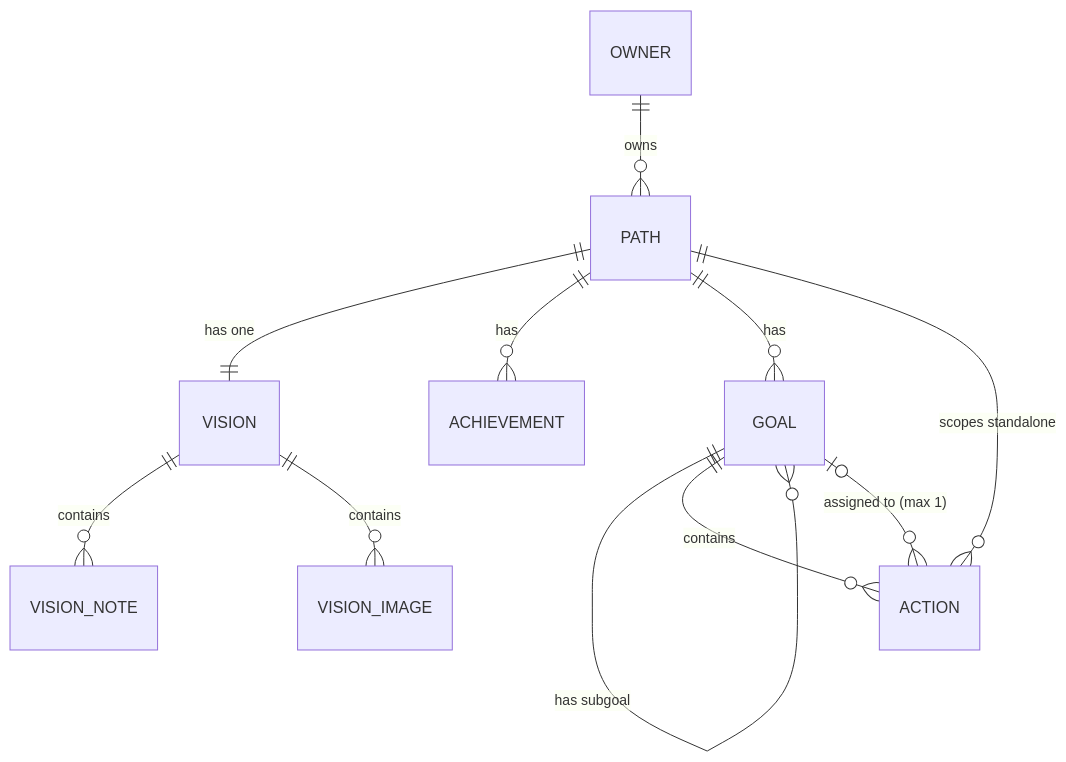
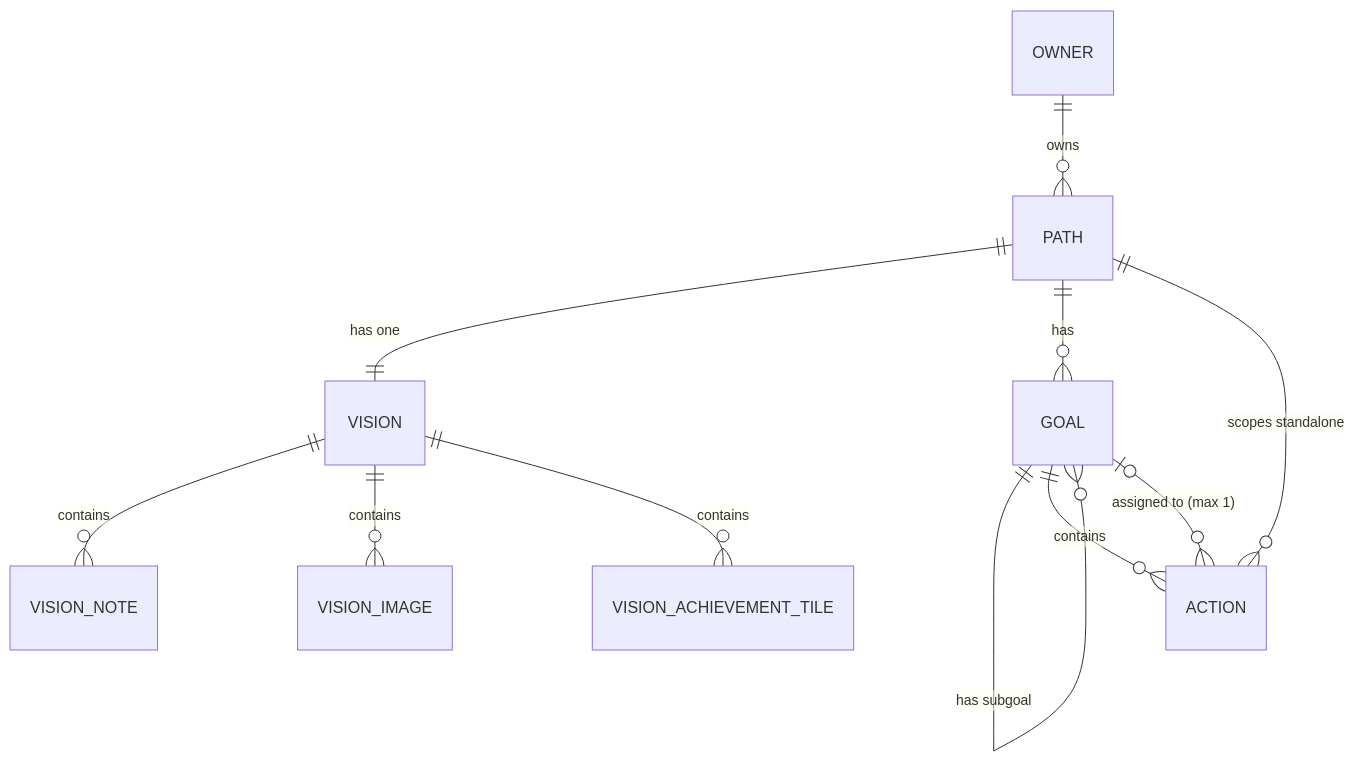
The diagram in docs/ENTITY_MAP.md (marekbrze/bricks), drawn with Mermaid before and after one commit. The commit also changed other lines of this file and 34 other files, not shown here.

````diff
--- a/docs/ENTITY_MAP.md
+++ b/docs/ENTITY_MAP.md
@@ -7,13 +7,13 @@
 ```mermaid
 erDiagram
     OWNER ||--o{ PATH : owns
     PATH ||--|| VISION : "has one"
-    PATH ||--o{ ACHIEVEMENT : "has"
     PATH ||--o{ GOAL : "has"
     PATH ||--o{ ACTION : "scopes standalone"
     VISION ||--o{ VISION_NOTE : contains
     VISION ||--o{ VISION_IMAGE : contains
+    VISION ||--o{ VISION_ACHIEVEMENT_TILE : contains
     GOAL ||--o{ GOAL : "has subgoal"
     GOAL ||--o{ ACTION : contains
     ACTION }o--o| GOAL : "assigned to (max 1)"
 ```
````
